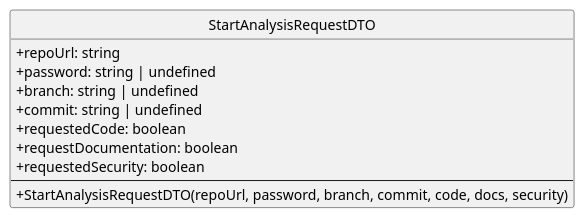
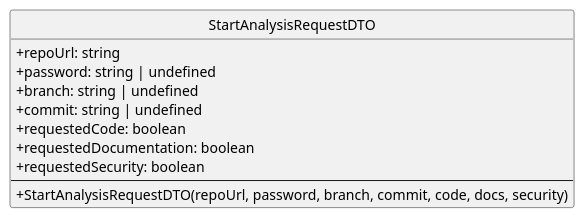
One commit to SkarabGroup/DocumentazioneProgetto changed the diagram in assets/st_diagrams/code/plantuml/analysis/presentation/requests/startAnalysisDTO.request.plantuml. Above: the diagram before and after it, drawn with PlantUML. The commit also changed 1 other file, not shown here.

Commit message:
update plantuml

```diff
--- a/assets/st_diagrams/code/plantuml/analysis/presentation/requests/startAnalysisDTO.request.plantuml
+++ b/assets/st_diagrams/code/plantuml/analysis/presentation/requests/startAnalysisDTO.request.plantuml
@@ -1,20 +1,20 @@
 @startuml StartAnalysisRequestDTO
 skinparam componentStyle uml2.5
 skinparam linetype ortho
 skinparam nodesep 30
 skinparam ranksep 30
 skinparam ClassAttributeIconSize 0
 hide circles
 
 class StartAnalysisRequestDTO {
     + repoUrl: string
     + password: string | undefined
     + branch: string | undefined
     + commit: string | undefined
     + requestedCode: boolean
-    + requestDocumentation: boolean
+    + requestedDocumentation: boolean
     + requestedSecurity: boolean
     ---
     + StartAnalysisRequestDTO(repoUrl, password, branch, commit, code, docs, security)
 }
 @enduml
```
